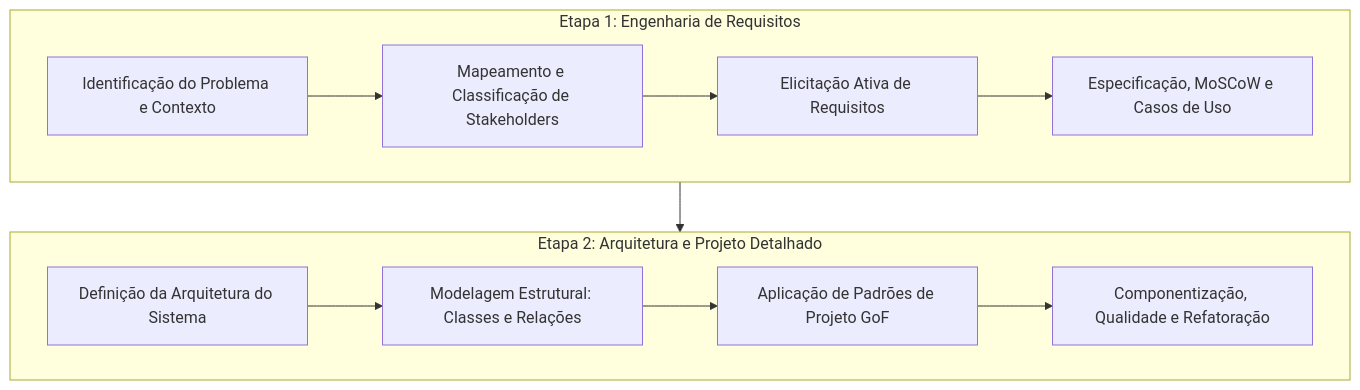
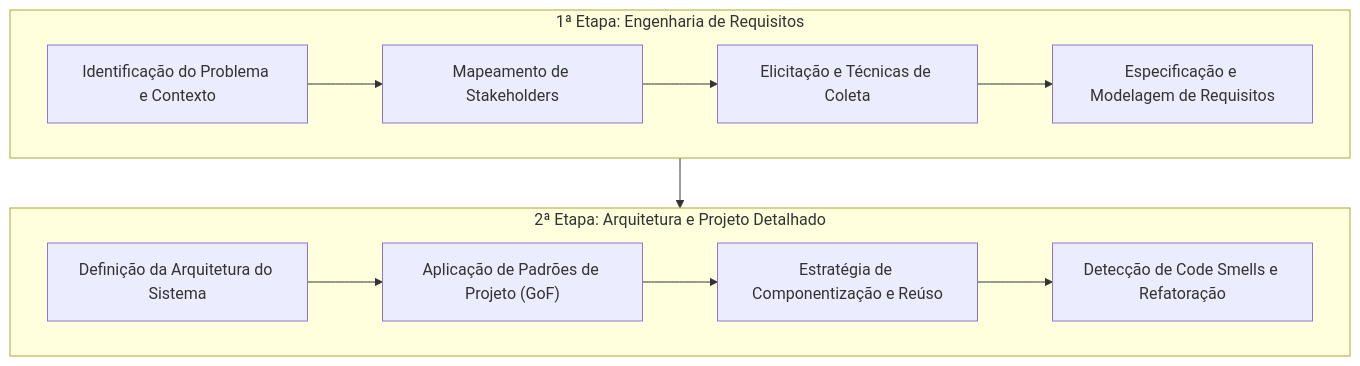
One commit to murilolol/unifef changed the first of 25 diagrams in 4º Semestre/[Prof. Wesley Soares] Engenharia de Software II/Resumos-IA/Caderno-Consolidado.md. Above: the diagram before and after it, drawn with Mermaid. The commit also changed other lines of this file and 18 other files, not shown here.

````diff
--- a/4º Semestre/[Prof. Wesley Soares] Engenharia de Software II/Resumos-IA/Caderno-Consolidado.md
+++ b/4º Semestre/[Prof. Wesley Soares] Engenharia de Software II/Resumos-IA/Caderno-Consolidado.md
@@ -29,16 +44,16 @@
 ```mermaid
 flowchart TD
-    subgraph Fase1["Etapa 1: Engenharia de Requisitos"]
-        E1["Identificação do Problema e Contexto"] --> E2["Mapeamento e Classificação de Stakeholders"]
-        E2 --> E3["Elicitação Ativa de Requisitos"]
-        E3 --> E4["Especificação, MoSCoW e Casos de Uso"]
+    subgraph Fase1["1ª Etapa: Engenharia de Requisitos"]
+        E1["Identificação do Problema e Contexto"] --> E2["Mapeamento de Stakeholders"]
+        E2 --> E3["Elicitação e Técnicas de Coleta"]
+        E3 --> E4["Especificação e Modelagem de Requisitos"]
     end
 
-    subgraph Fase2["Etapa 2: Arquitetura e Projeto Detalhado"]
-        A1["Definição da Arquitetura do Sistema"] --> A2["Modelagem Estrutural: Classes e Relações"]
-        A2 --> A3["Aplicação de Padrões de Projeto GoF"]
-        A3 --> A4["Componentização, Qualidade e Refatoração"]
+    subgraph Fase2["2ª Etapa: Arquitetura e Projeto Detalhado"]
+        A1["Definição da Arquitetura do Sistema"] --> A2["Aplicação de Padrões de Projeto (GoF)"]
+        A2 --> A3["Estratégia de Componentização e Reúso"]
+        A3 --> A4["Detecção de Code Smells e Refatoração"]
     end
 
     Fase1 --> Fase2
 ```
````
